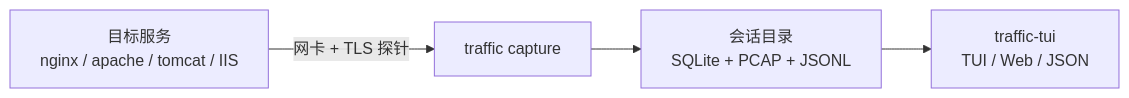
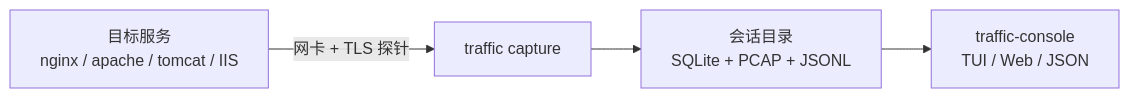
Before and after one commit to Sunmedalia/traffic: the diagram in docs/guide.md, drawn with Mermaid. The commit also changed other lines of this file and 51 other files, not shown here.

````diff
--- a/docs/guide.md
+++ b/docs/guide.md
@@ -11,6 +11,6 @@
 ```mermaid
 flowchart LR
   A[目标服务<br/>nginx / apache / tomcat / IIS] -->|网卡 + TLS 探针| B[traffic capture]
   B --> C[会话目录<br/>SQLite + PCAP + JSONL]
-  C --> D[traffic-tui<br/>TUI / Web / JSON]
+  C --> D[traffic-console<br/>TUI / Web / JSON]
 ```
````
